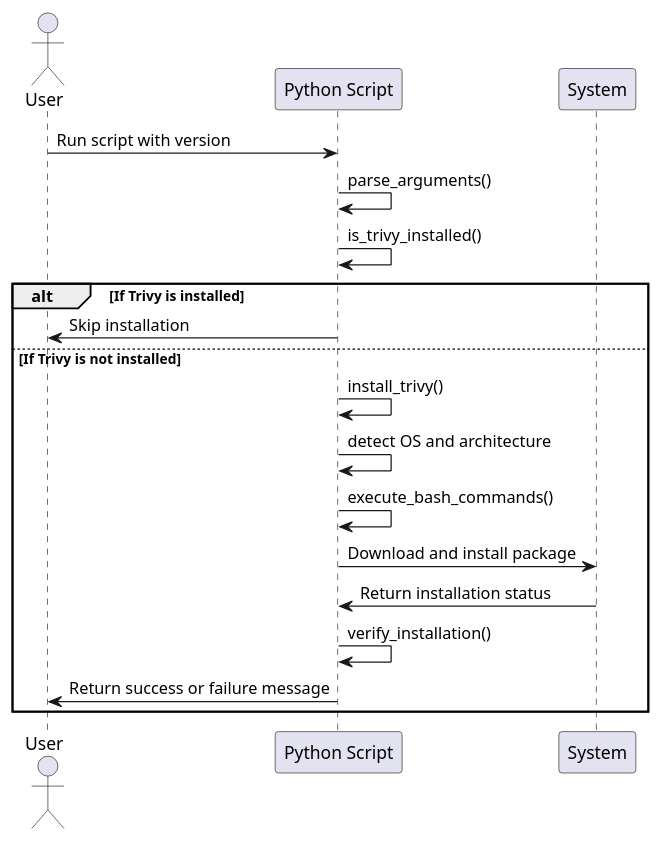
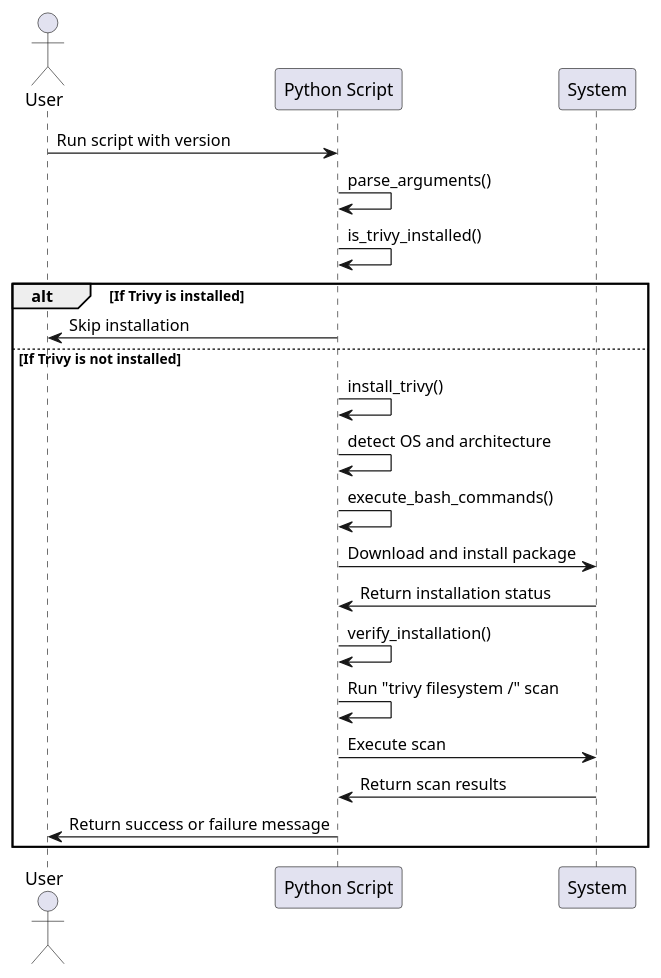
One commit to cocobryan91/demo changed the diagram in sequence_diagram.plantuml. Above: the diagram before and after it, drawn with PlantUML. The commit also changed 3 other files, not shown here.

Commit message:
fixed verification added run scan updated seq diag

```diff
--- a/sequence_diagram.plantuml
+++ b/sequence_diagram.plantuml
@@ -1,20 +1,23 @@
 @startuml
 actor User
 participant "Python Script" as Script
 participant "System" as Sys
 
 User -> Script: Run script with version
 Script -> Script: parse_arguments()
 Script -> Script: is_trivy_installed()
 alt If Trivy is installed
     Script -> User: Skip installation
 else If Trivy is not installed
     Script -> Script: install_trivy()
     Script -> Script: detect OS and architecture
     Script -> Script: execute_bash_commands()
     Script -> Sys: Download and install package
     Sys -> Script: Return installation status
     Script -> Script: verify_installation()
+    Script -> Script: Run "trivy filesystem /" scan
+    Script -> Sys: Execute scan
+    Sys -> Script: Return scan results
     Script -> User: Return success or failure message
 end
 @enduml
```
